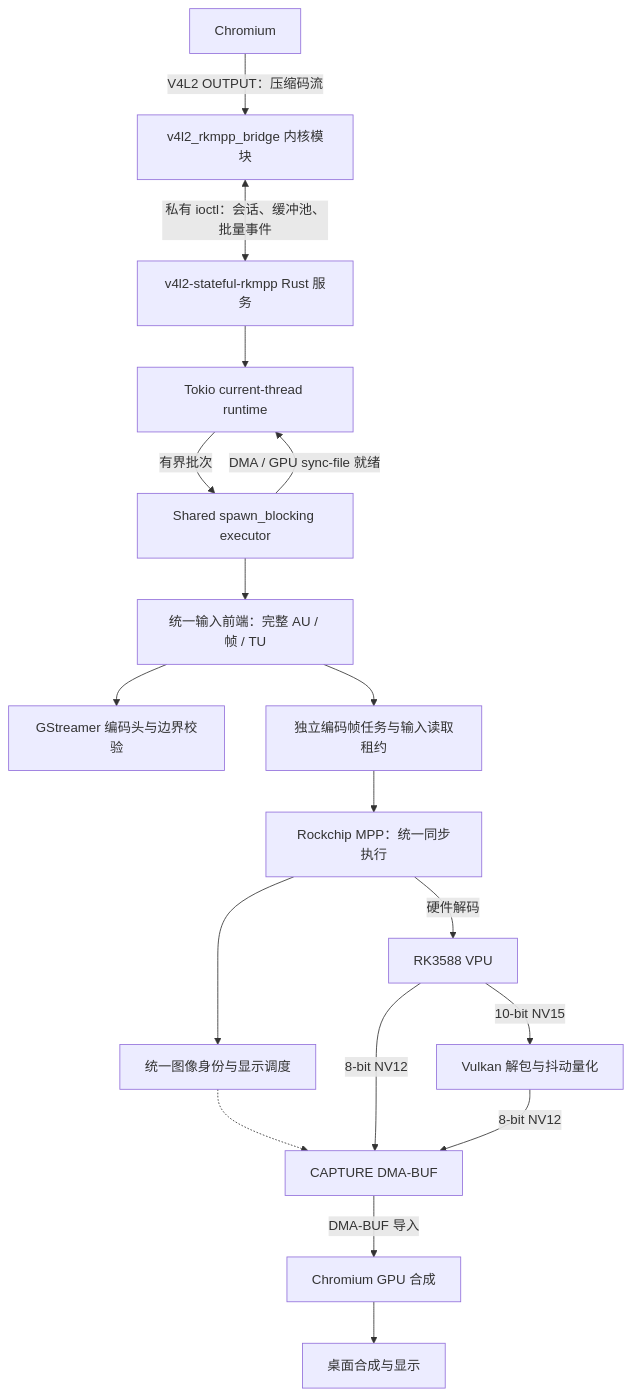
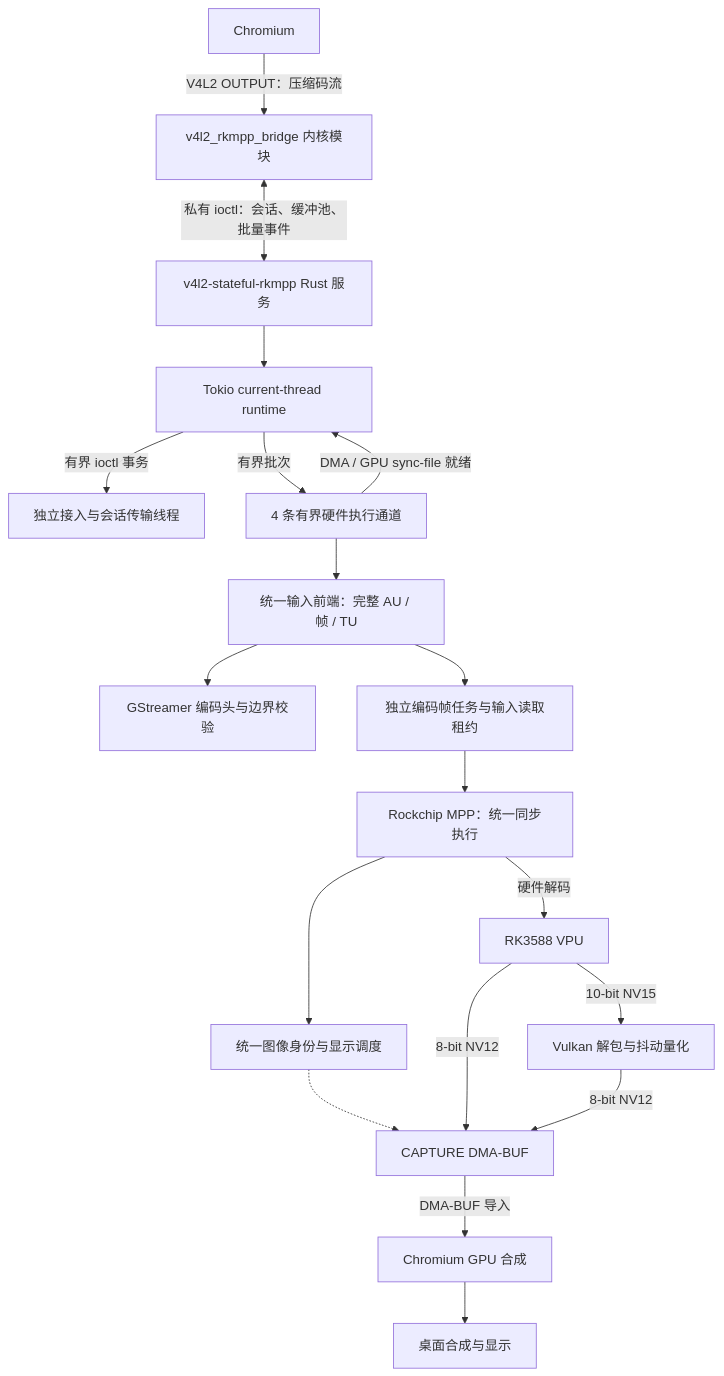
The diagram in README.md (abadcafe/v4l2-stateful-rkmpp), drawn with Mermaid before and after one commit. The commit also changed other lines of this file and 359 other files, not shown here.

````diff
--- a/README.md
+++ b/README.md
@@ -13,20 +13,21 @@
 ```mermaid
 flowchart TD
     Chromium[Chromium] -->|V4L2 OUTPUT：压缩码流| Kernel[v4l2_rkmpp_bridge 内核模块]
     Kernel <-->|私有 ioctl：会话、缓冲池、批量事件| Service[v4l2-stateful-rkmpp Rust 服务]
     Service --> Async[Tokio current-thread runtime]
-    Async -->|有界批次| Hardware[Shared spawn_blocking executor]
+    Async -->|有界 ioctl 事务| Transport[独立接入与会话传输线程]
+    Async -->|有界批次| Hardware[4 条有界硬件执行通道]
     Hardware -->|DMA / GPU sync-file 就绪| Async
     Hardware --> Frontend[统一输入前端：完整 AU / 帧 / TU]
     Frontend --> Headers[GStreamer 编码头与边界校验]
     Frontend --> Tasks[独立编码帧任务与输入读取租约]
     Tasks --> MPP[Rockchip MPP：统一同步执行]
     MPP --> Presentation[统一图像身份与显示调度]
     MPP -->|硬件解码| VPU[RK3588 VPU]
     Presentation -.-> Capture
     VPU -->|8-bit NV12| Capture[CAPTURE DMA-BUF]
     VPU -->|10-bit NV15| Vulkan[Vulkan 解包与抖动量化]
     Vulkan -->|8-bit NV12| Capture
     Capture -->|DMA-BUF 导入| GPU[Chromium GPU 合成]
     GPU --> Display[桌面合成与显示]
 ```
````
